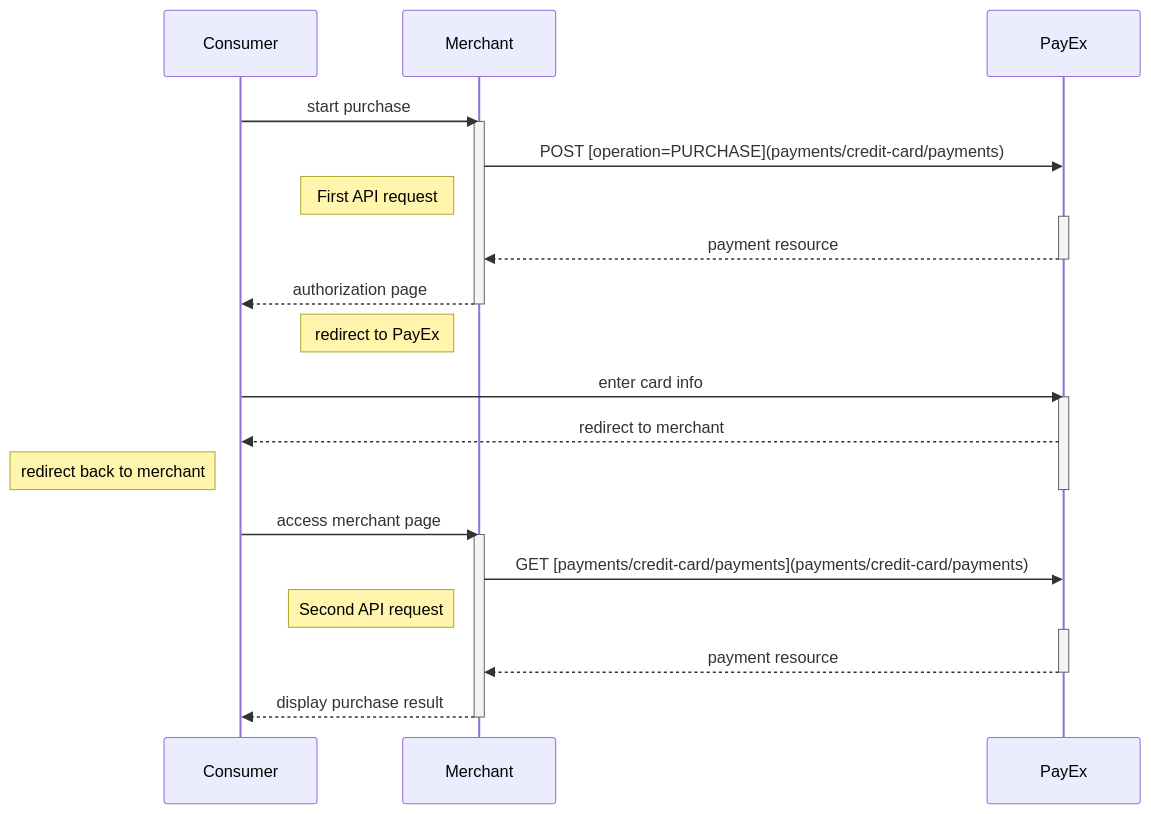
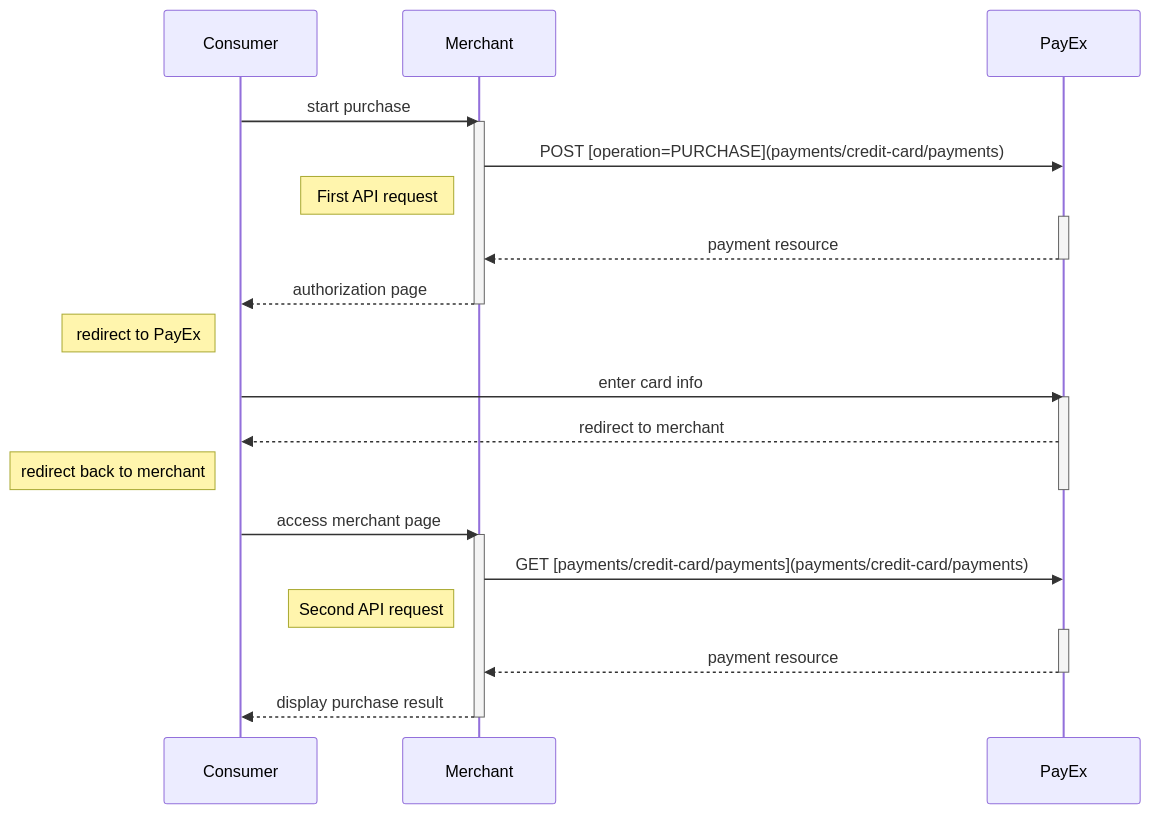
Before and after one commit to SwedbankPay/developer.swedbankpay.com: the third of 4 diagrams in payments/credit-card/redirect.md, drawn with Mermaid. The commit also changed other lines of this file and 4 other files, not shown here.

Commit message:
DX-266 Reorganizing credit-card section. Fixing typos, links, tables and diagrams. Adding finalize to after-payment.

````diff
--- a/payments/credit-card/redirect.md
+++ b/payments/credit-card/redirect.md
@@ -177,29 +188,29 @@
 ```mermaid
 sequenceDiagram
   Consumer->>Merchant: start purchase
   Activate Merchant
   Merchant->>PayEx: POST [operation=PURCHASE](payments/credit-card/payments)
   note left of Merchant: First API request
   Activate PayEx
   PayEx-->>Merchant: payment resource
   Deactivate PayEx
   Merchant-->>Consumer: authorization page
   Deactivate Merchant
   
-  note left of Merchant: redirect to PayEx
+  note left of Consumer: redirect to PayEx
   Consumer->>PayEx: enter card info
   Activate PayEx
   PayEx-->>Consumer: redirect to merchant
   note left of Consumer: redirect back to merchant
   Deactivate PayEx
   
   Consumer->>Merchant: access merchant page
   Activate Merchant
   Merchant->>PayEx: GET [payments/credit-card/payments](payments/credit-card/payments)
   note left of Merchant: Second API request
   Activate PayEx
   PayEx-->>Merchant: payment resource
   Deactivate PayEx
   Merchant-->>Consumer: display purchase result
   Deactivate Merchant
 ```
````
